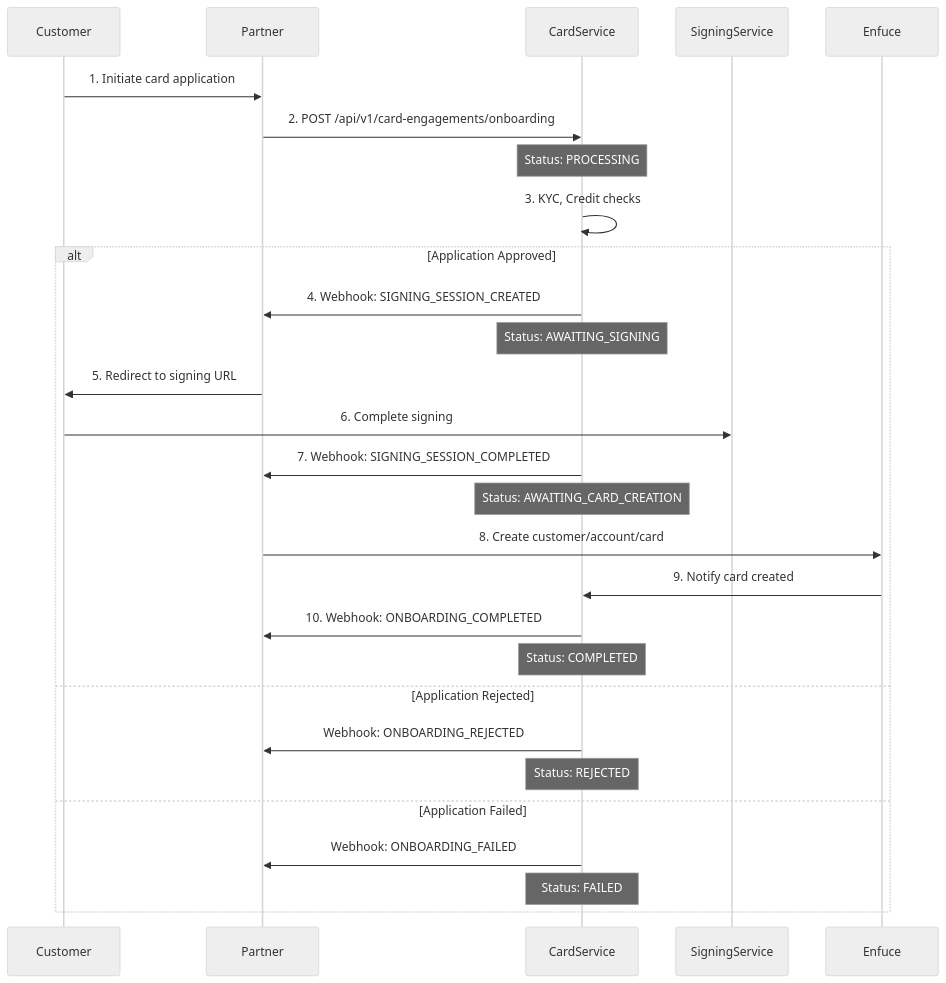
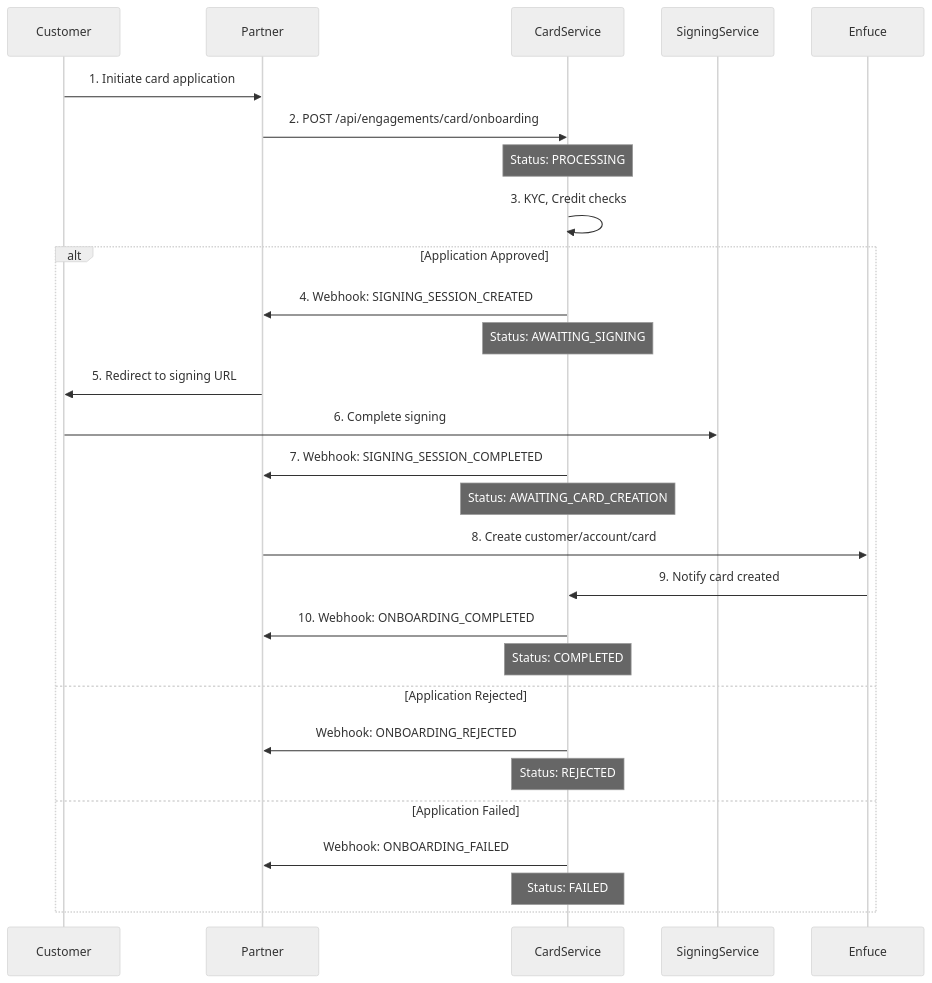
The diagram in card/onboarding.mdx (truonghoangnordiska/docs), drawn with Mermaid (neutral theme) before and after one commit. The commit also changed other lines of this file, not shown here.

````diff
--- a/card/onboarding.mdx
+++ b/card/onboarding.mdx
@@ -21,32 +23,32 @@
 ```mermaid
 sequenceDiagram
     participant Customer
     participant Partner
     participant CardService
     participant SigningService
     participant Enfuce
 
     Customer->>Partner: 1. Initiate card application
-    Partner->>CardService: 2. POST /api/v1/card-engagements/onboarding
+    Partner->>CardService: 2. POST /api/engagements/card/onboarding
     Note over CardService: Status: PROCESSING
     CardService->>CardService: 3. KYC, Credit checks
     
     alt Application Approved
         CardService->>Partner: 4. Webhook: SIGNING_SESSION_CREATED
         Note over CardService: Status: AWAITING_SIGNING
         Partner->>Customer: 5. Redirect to signing URL
         Customer->>SigningService: 6. Complete signing
         CardService->>Partner: 7. Webhook: SIGNING_SESSION_COMPLETED
         Note over CardService: Status: AWAITING_CARD_CREATION
         Partner->>Enfuce: 8. Create customer/account/card
         Enfuce->>CardService: 9. Notify card created
         CardService->>Partner: 10. Webhook: ONBOARDING_COMPLETED
         Note over CardService: Status: COMPLETED
     else Application Rejected
         CardService->>Partner: Webhook: ONBOARDING_REJECTED
         Note over CardService: Status: REJECTED
     else Application Failed
         CardService->>Partner: Webhook: ONBOARDING_FAILED
         Note over CardService: Status: FAILED
     end
 ```
````
